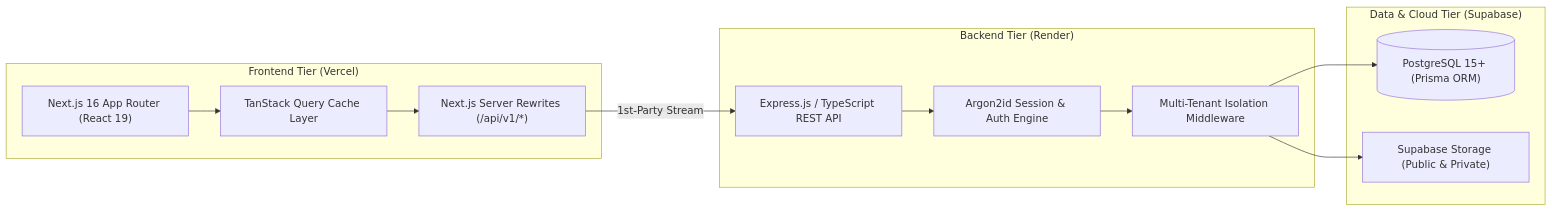
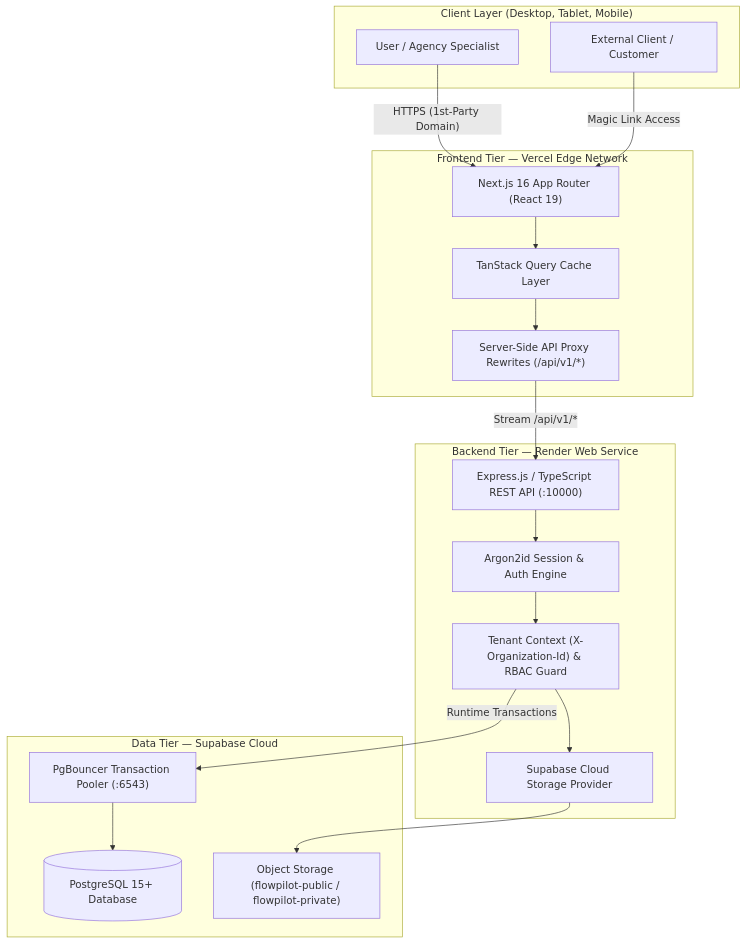
Before and after one commit to iamrakibhussain/flowpilot: the diagram in README.md, drawn with Mermaid. The commit also changed other lines of this file, not shown here.

Commit message:
docs: professionalize FlowPilot frontend README

````diff
--- a/README.md
+++ b/README.md
@@ -47,25 +117,35 @@
 ```mermaid
-flowchart LR
-    subgraph Frontend["Frontend Tier (Vercel)"]
-        UI["Next.js 16 App Router (React 19)"]
-        TQ["TanStack Query Cache Layer"]
-        Rewrites["Next.js Server Rewrites (/api/v1/*)"]
+flowchart TD
+    subgraph ClientLayer["Client Layer (Desktop, Tablet, Mobile)"]
+        User["User / Agency Specialist"]
+        Client["External Client / Customer"]
     end
 
-    subgraph Backend["Backend Tier (Render)"]
-        API["Express.js / TypeScript REST API"]
-        Auth["Argon2id Session & Auth Engine"]
-        Tenant["Multi-Tenant Isolation Middleware"]
+    subgraph FrontendTier["Frontend Tier — Vercel Edge Network"]
+        AppRouter["Next.js 16 App Router (React 19)"]
+        ClientCache["TanStack Query Cache Layer"]
+        ProxyRewrites["Server-Side API Proxy Rewrites (/api/v1/*)"]
     end
 
-    subgraph DataTier["Data & Cloud Tier (Supabase)"]
-        DB[("PostgreSQL 15+ (Prisma ORM)")]
-        Storage["Supabase Storage (Public & Private)"]
+    subgraph BackendTier["Backend Tier — Render Web Service"]
+        ExpressApp["Express.js / TypeScript REST API (:10000)"]
+        AuthModule["Argon2id Session & Auth Engine"]
+        TenantGuard["Tenant Context (X-Organization-Id) & RBAC Guard"]
+        StorageEngine["Supabase Cloud Storage Provider"]
     end
 
-    UI --> TQ --> Rewrites
-    Rewrites -->|"1st-Party Stream"| API
-    API --> Auth --> Tenant
-    Tenant --> DB
-    Tenant --> Storage
+    subgraph DataTier["Data Tier — Supabase Cloud"]
+        PgBouncer["PgBouncer Transaction Pooler (:6543)"]
+        PostgresDB[("PostgreSQL 15+ Database")]
+        SupabaseBuckets["Object Storage (flowpilot-public / flowpilot-private)"]
+    end
+
+    User -->|"HTTPS (1st-Party Domain)"| AppRouter
+    Client -->|"Magic Link Access"| AppRouter
+    AppRouter --> ClientCache
+    ClientCache --> ProxyRewrites
+    ProxyRewrites -->|"Stream /api/v1/*"| ExpressApp
+    ExpressApp --> AuthModule --> TenantGuard
+    TenantGuard -->|"Runtime Transactions"| PgBouncer --> PostgresDB
+    TenantGuard --> StorageEngine --> SupabaseBuckets
 ```
````
